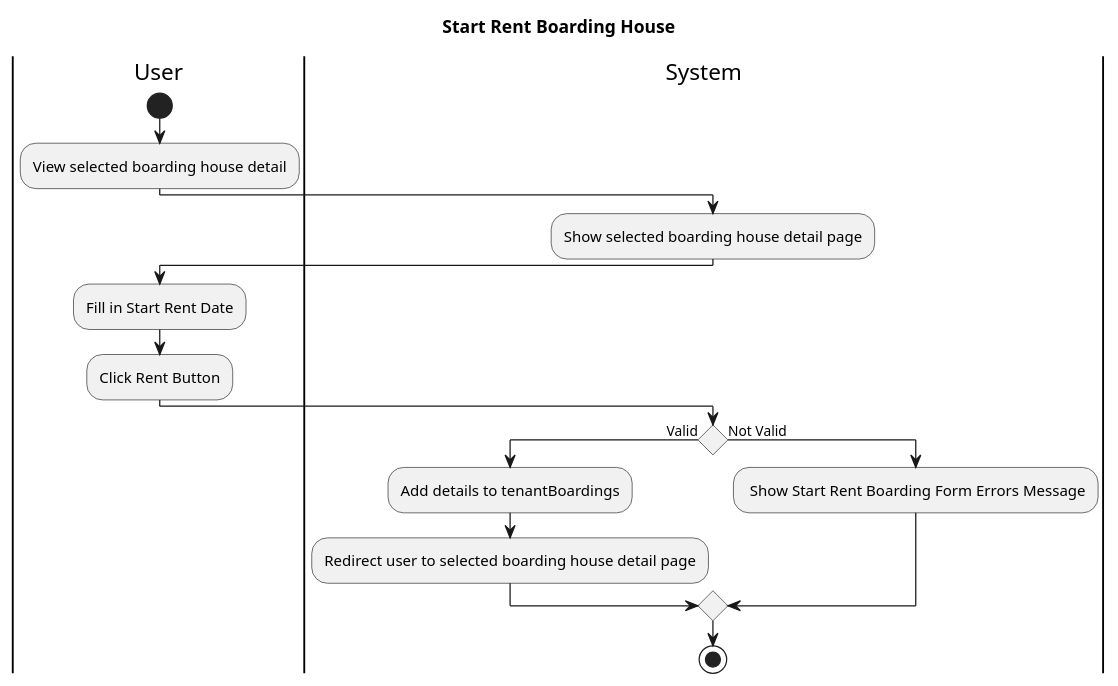
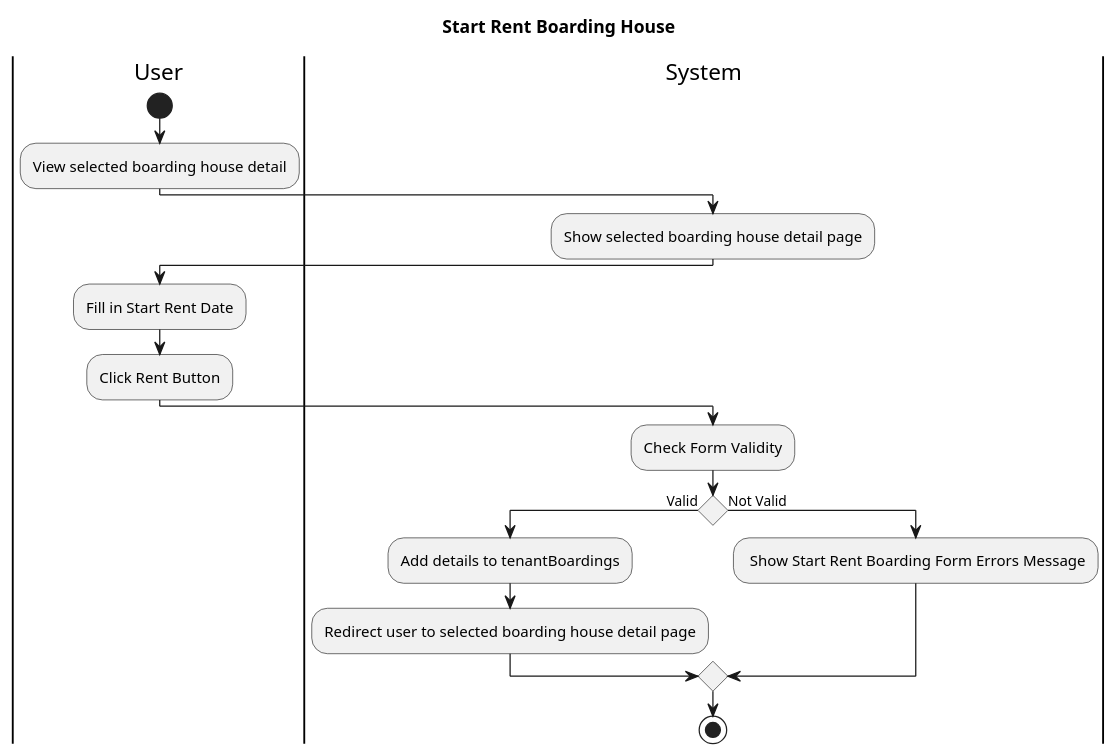
The diagram in Design/BHFMS_ACTIVITY/Tenant/Start Rent.puml (AntWort21/BHFMS), drawn with PlantUML before and after one commit. The commit also changed 21 other files, not shown here.

First line of the commit message:
Update Diagram to draw.io

```diff
--- a/Design/BHFMS_ACTIVITY/Tenant/Start Rent.puml
+++ b/Design/BHFMS_ACTIVITY/Tenant/Start Rent.puml
@@ -1,24 +1,25 @@
 @startuml
 title Start Rent Boarding House
 |User|
 start
     :View selected boarding house detail;
 
 |System|
     :Show selected boarding house detail page;
 
 |User|
     :Fill in Start Rent Date;
     :Click Rent Button;
 
 |System|
+    :Check Form Validity;
     if () is (Valid) then
         :Add details to tenantBoardings;
-    :Redirect user to selected boarding house detail page;
+        :Redirect user to selected boarding house detail page;
     else (Not Valid)
         : Show Start Rent Boarding Form Errors Message;
     endif
     
 stop
 
 @enduml
```
